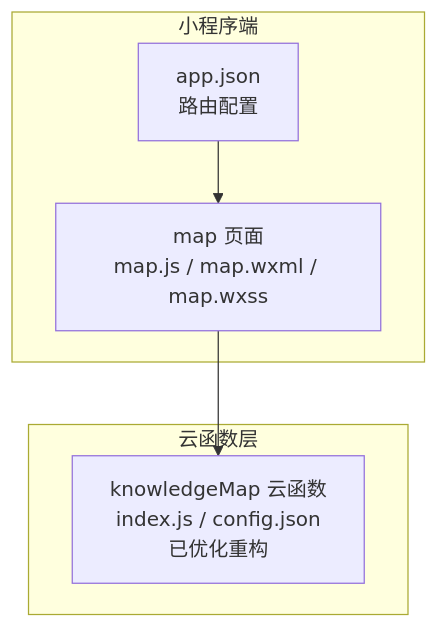
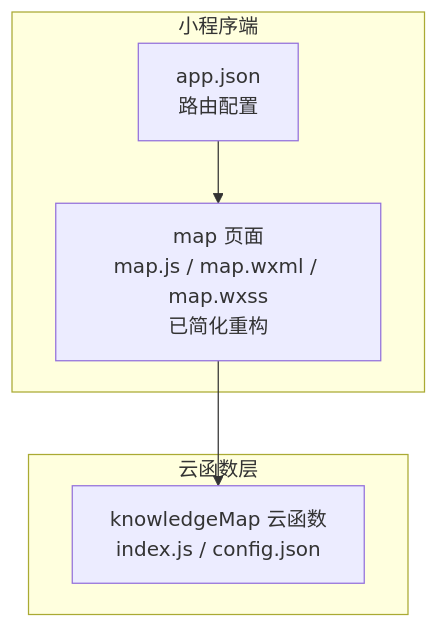
One commit to cwb7756/bio changed the first of 3 diagrams in .qoder/repowiki/zh/content/核心功能模块/知识图谱系统/知识图谱系统.md. Above: the diagram before and after it, drawn with Mermaid. The commit also changed other lines of this file and 98 other files, not shown here.

````diff
--- a/.qoder/repowiki/zh/content/核心功能模块/知识图谱系统/知识图谱系统.md
+++ b/.qoder/repowiki/zh/content/核心功能模块/知识图谱系统/知识图谱系统.md
@@ -47,12 +47,12 @@
 ```mermaid
 graph TB
 subgraph "小程序端"
 APP["app.json<br/>路由配置"]
-MAP_PAGE["map 页面<br/>map.js / map.wxml / map.wxss"]
+MAP_PAGE["map 页面<br/>map.js / map.wxml / map.wxss<br/>已简化重构"]
 end
 subgraph "云函数层"
-KM_CF["knowledgeMap 云函数<br/>index.js / config.json<br/>已优化重构"]
+KM_CF["knowledgeMap 云函数<br/>index.js / config.json"]
 end
 APP --> MAP_PAGE
 MAP_PAGE --> KM_CF
 ```
````
